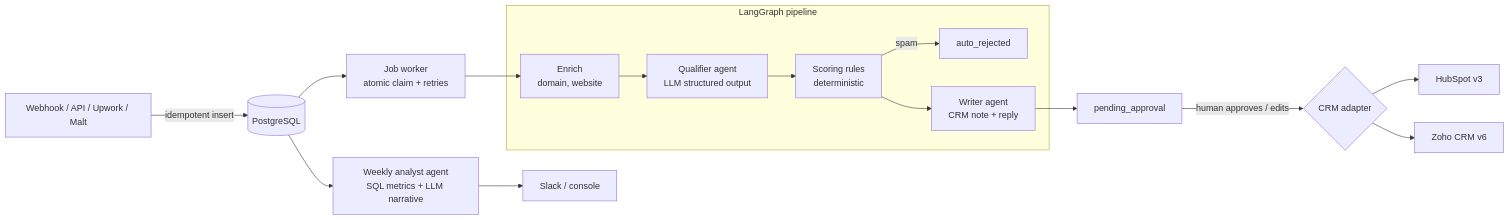
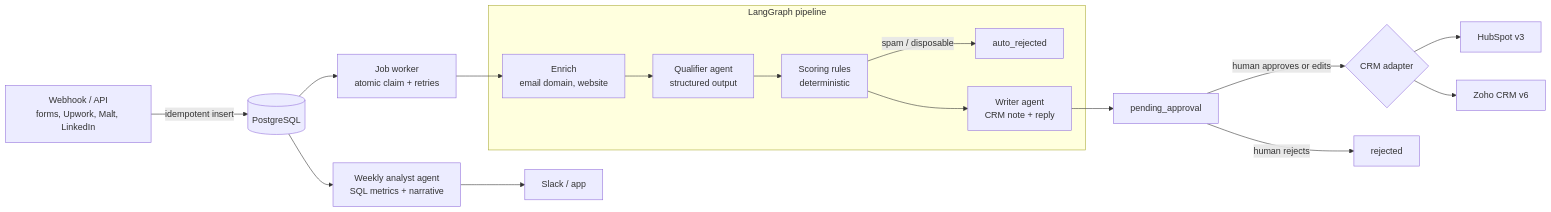
Before and after one commit to Dioumadev221/leadpilot: the diagram in README.md, drawn with Mermaid. The commit also changed other lines of this file and 1 other file, not shown here.

````diff
--- a/README.md
+++ b/README.md
@@ -32,17 +74,18 @@
 ```mermaid
 flowchart LR
-    A[Webhook / API / Upwork / Malt] -->|idempotent insert| DB[(PostgreSQL)]
+    A[Webhook / API<br/>forms, Upwork, Malt, LinkedIn] -->|idempotent insert| DB[(PostgreSQL)]
     DB --> W[Job worker<br/>atomic claim + retries]
     subgraph LangGraph pipeline
-      E[Enrich<br/>domain, website] --> Q[Qualifier agent<br/>LLM structured output]
+      E[Enrich<br/>email domain, website] --> Q[Qualifier agent<br/>structured output]
       Q --> S[Scoring rules<br/>deterministic]
-      S -->|spam| X[auto_rejected]
+      S -->|spam / disposable| X[auto_rejected]
       S --> D[Writer agent<br/>CRM note + reply]
     end
     W --> E
     D --> P[pending_approval]
-    P -->|human approves / edits| C{CRM adapter}
+    P -->|human approves or edits| C{CRM adapter}
+    P -->|human rejects| R0[rejected]
     C --> H[HubSpot v3]
     C --> Z[Zoho CRM v6]
-    DB --> R[Weekly analyst agent<br/>SQL metrics + LLM narrative] --> SL[Slack / console]
+    DB --> R[Weekly analyst agent<br/>SQL metrics + narrative] --> SL[Slack / app]
 ```
````
